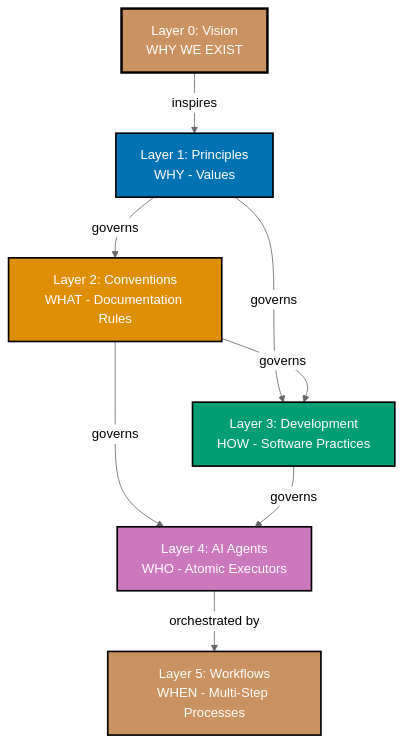
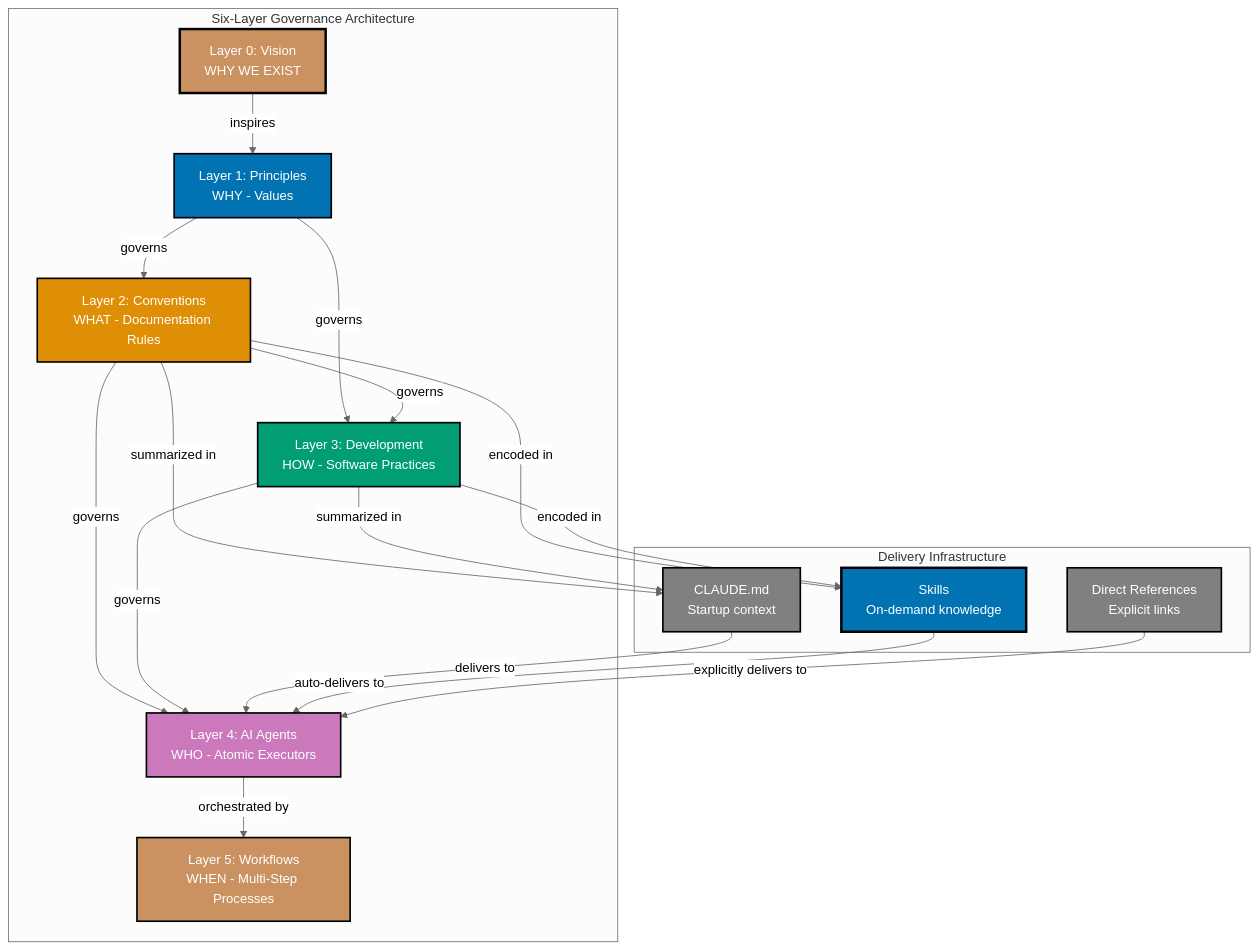
One commit to wahidyankf/open-sharia-enterprise changed the diagram in docs/explanation/ex__repository-governance-architecture.md. Above: the diagram before and after it, drawn with Mermaid (neutral theme). The commit also changed other lines of this file, not shown here.

First line of the commit message:
docs(architecture): add Skills as delivery infrastructure

````diff
--- a/docs/explanation/ex__repository-governance-architecture.md
+++ b/docs/explanation/ex__repository-governance-architecture.md
@@ -32,25 +32,44 @@
 ```mermaid
-%% Color Palette: Blue #0173B2, Orange #DE8F05, Teal #029E73, Purple #CC78BC, Brown #CA9161
+%% Color Palette: Blue #0173B2, Orange #DE8F05, Teal #029E73, Purple #CC78BC, Brown #CA9161, Gray #808080
 graph TD
-    L0[Layer 0: Vision<br/>WHY WE EXIST]
-    L1[Layer 1: Principles<br/>WHY - Values]
-    L2[Layer 2: Conventions<br/>WHAT - Documentation Rules]
-    L3[Layer 3: Development<br/>HOW - Software Practices]
-    L4[Layer 4: AI Agents<br/>WHO - Atomic Executors]
-    L5[Layer 5: Workflows<br/>WHEN - Multi-Step Processes]
+    subgraph Governance["Six-Layer Governance Architecture"]
+        L0[Layer 0: Vision<br/>WHY WE EXIST]
+        L1[Layer 1: Principles<br/>WHY - Values]
+        L2[Layer 2: Conventions<br/>WHAT - Documentation Rules]
+        L3[Layer 3: Development<br/>HOW - Software Practices]
+        L4[Layer 4: AI Agents<br/>WHO - Atomic Executors]
+        L5[Layer 5: Workflows<br/>WHEN - Multi-Step Processes]
+    end
+
+    subgraph Delivery["Delivery Infrastructure"]
+        CM[CLAUDE.md<br/>Startup context]
+        SK[Skills<br/>On-demand knowledge]
+        DR[Direct References<br/>Explicit links]
+    end
 
     L0 -->|inspires| L1
     L1 -->|governs| L2
     L1 -->|governs| L3
     L2 -->|governs| L3
     L2 -->|governs| L4
     L3 -->|governs| L4
     L4 -->|orchestrated by| L5
 
+    L2 -->|summarized in| CM
+    L2 -->|encoded in| SK
+    L3 -->|summarized in| CM
+    L3 -->|encoded in| SK
+    CM -->|delivers to| L4
+    SK -->|auto-delivers to| L4
+    DR -->|explicitly delivers to| L4
+
     style L0 fill:#CA9161,stroke:#000000,color:#FFFFFF,stroke-width:3px
     style L1 fill:#0173B2,stroke:#000000,color:#FFFFFF,stroke-width:2px
     style L2 fill:#DE8F05,stroke:#000000,color:#FFFFFF,stroke-width:2px
     style L3 fill:#029E73,stroke:#000000,color:#FFFFFF,stroke-width:2px
     style L4 fill:#CC78BC,stroke:#000000,color:#FFFFFF,stroke-width:2px
     style L5 fill:#CA9161,stroke:#000000,color:#FFFFFF,stroke-width:2px
+    style CM fill:#808080,stroke:#000000,color:#FFFFFF,stroke-width:2px
+    style SK fill:#0173B2,stroke:#000000,color:#FFFFFF,stroke-width:3px
+    style DR fill:#808080,stroke:#000000,color:#FFFFFF,stroke-width:2px
 ```
````
